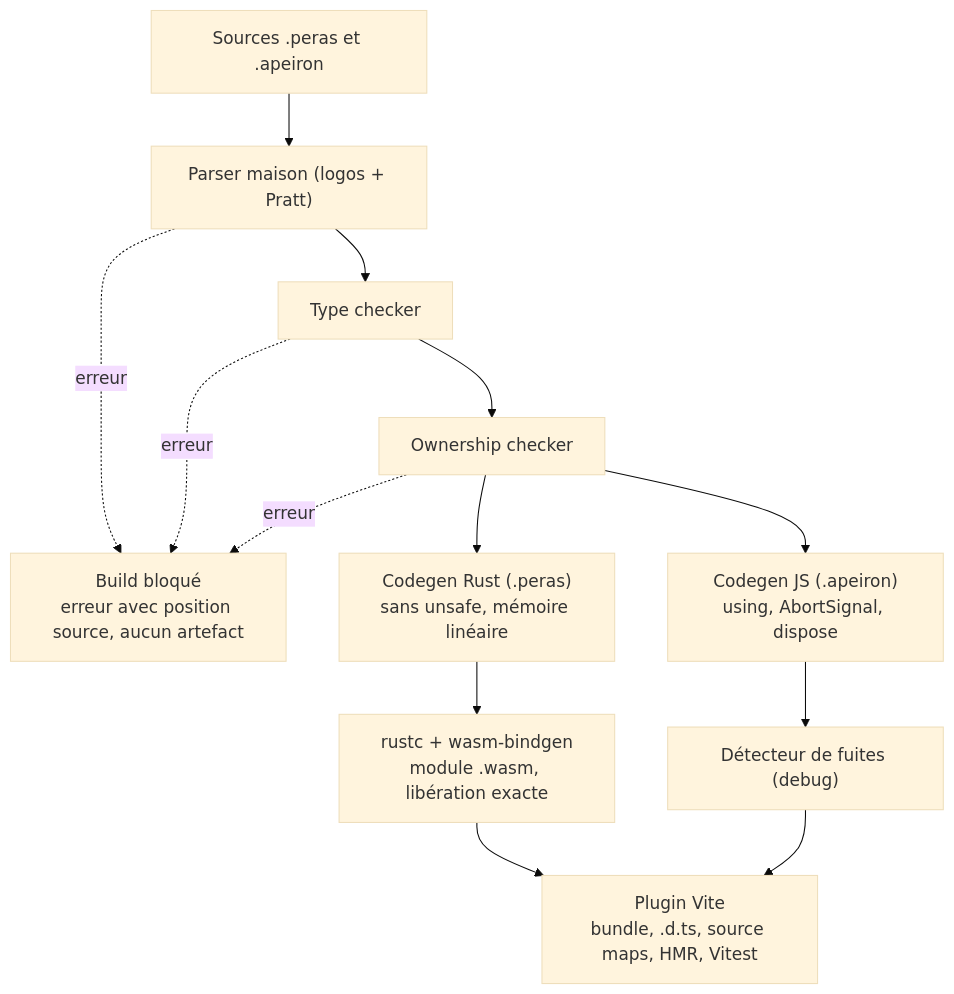
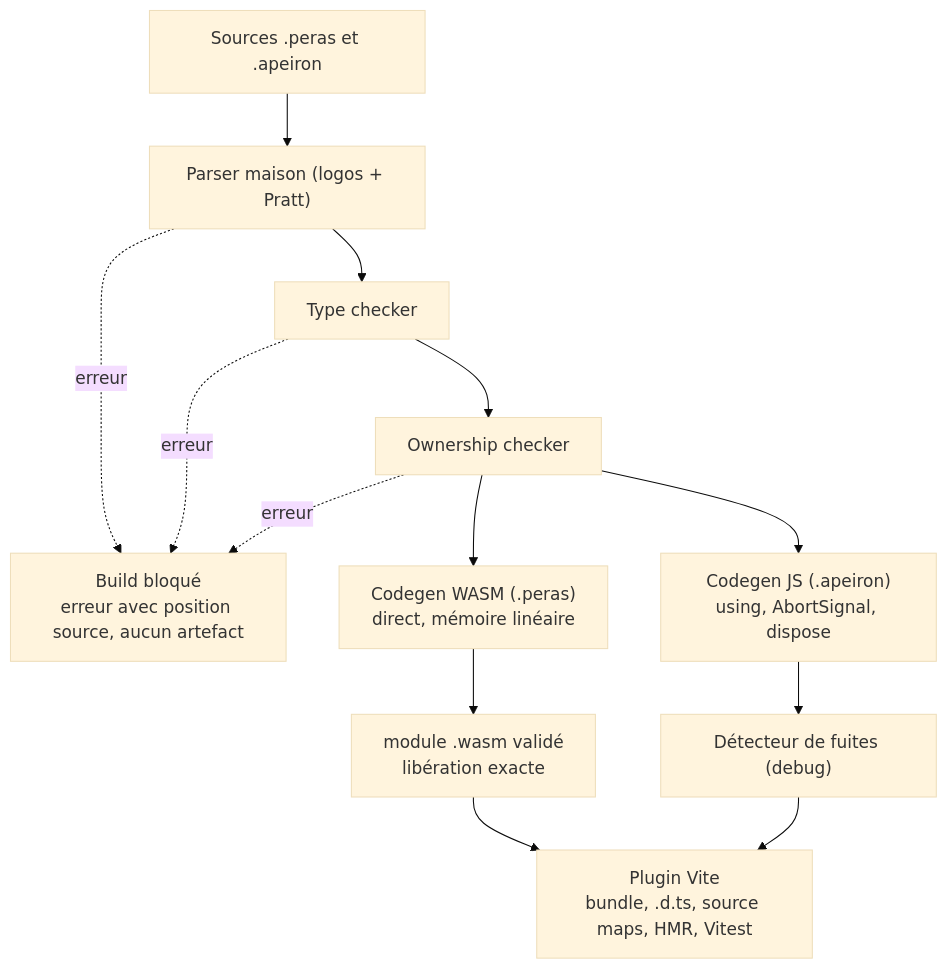
One commit to artkabis/Peras changed the second of 2 diagrams in docs/fr/spec.md. Above: the diagram before and after it, drawn with Mermaid (base theme). The commit also changed other lines of this file and 8 other files, not shown here.

````diff
--- a/docs/fr/spec.md
+++ b/docs/fr/spec.md
@@ -283,13 +283,13 @@
 ```mermaid
 flowchart TD
   SRC["Sources .peras et .apeiron"] --> PARSE["Parser maison (logos + Pratt)"]
   PARSE --> TYPES["Type checker"]
   TYPES --> OWN["Ownership checker"]
   PARSE -. erreur .-> BLOCK["Build bloqué<br/>erreur avec position source, aucun artefact"]
   TYPES -. erreur .-> BLOCK
   OWN -. erreur .-> BLOCK
-  OWN --> RS["Codegen Rust (.peras)<br/>sans unsafe, mémoire linéaire"] --> WASM["rustc + wasm-bindgen<br/>module .wasm, libération exacte"]
+  OWN --> RS["Codegen WASM (.peras)<br/>direct, mémoire linéaire"] --> WASM["module .wasm validé<br/>libération exacte"]
   OWN --> JS["Codegen JS (.apeiron)<br/>using, AbortSignal, dispose"] --> LEAK["Détecteur de fuites (debug)"]
   WASM --> VITE["Plugin Vite<br/>bundle, .d.ts, source maps, HMR, Vitest"]
   LEAK --> VITE
 ```
````
